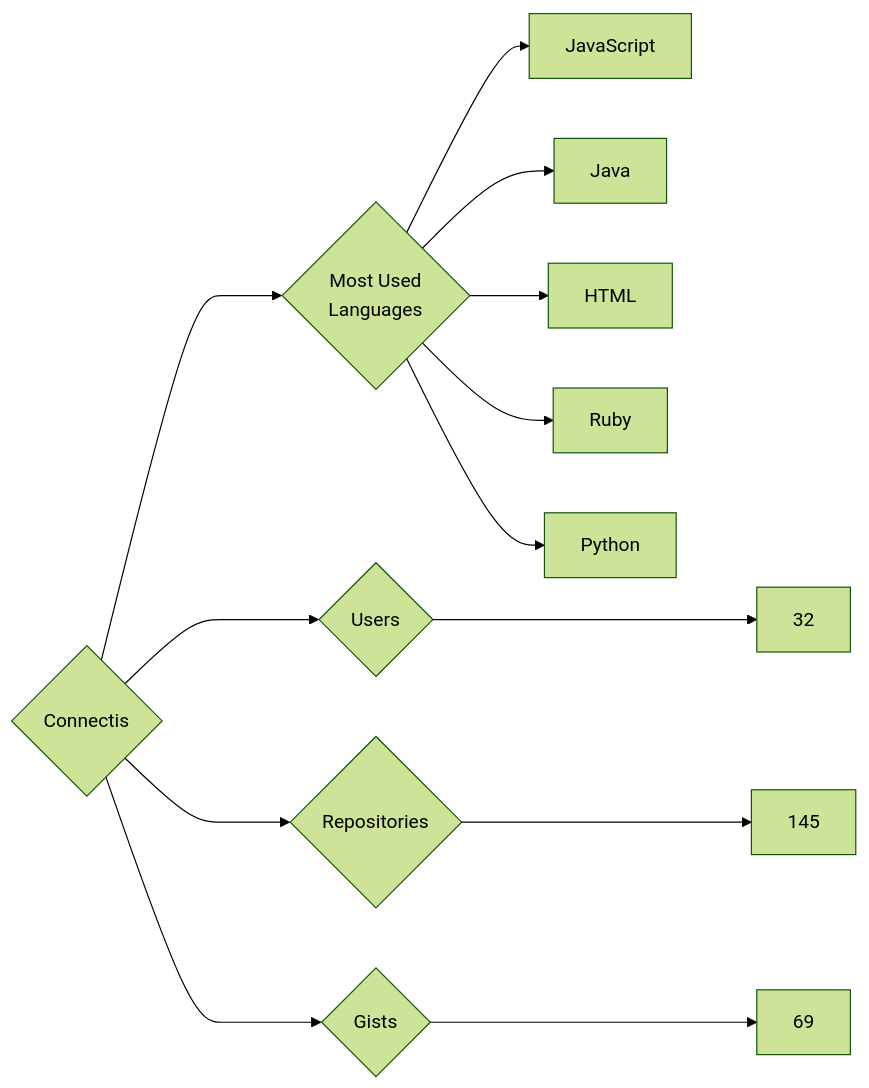
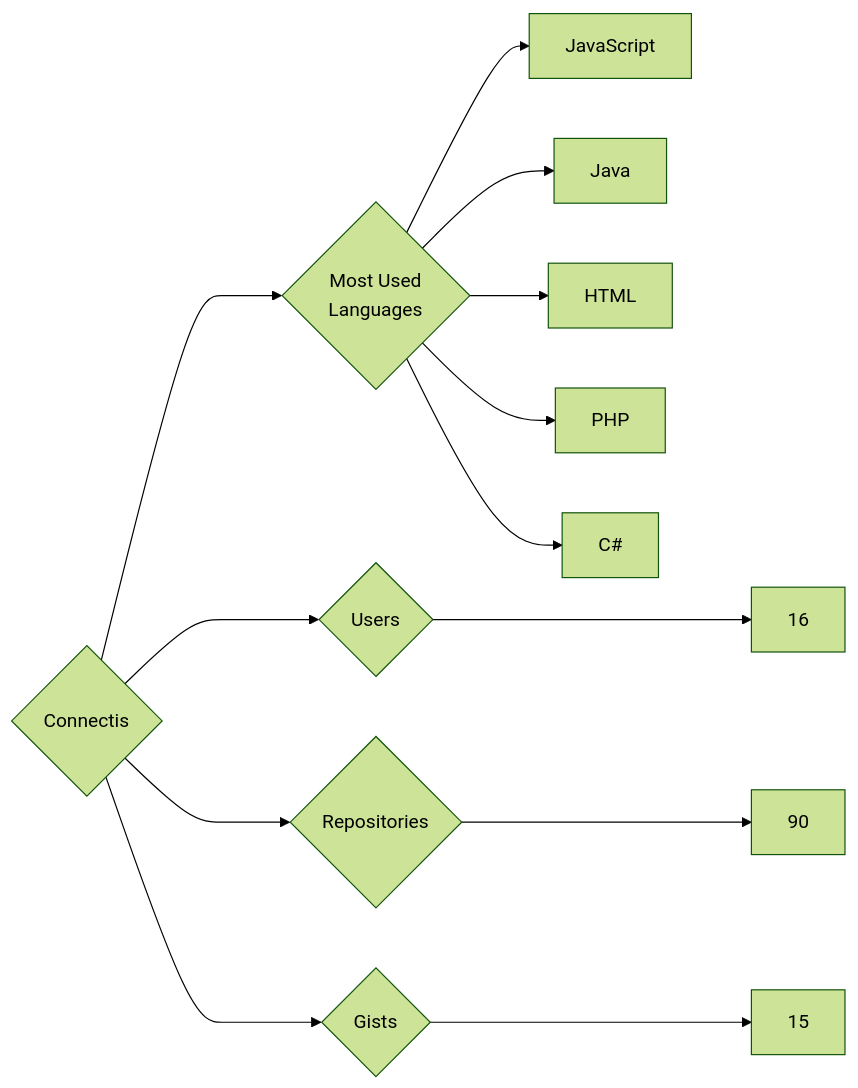
The diagram in targets/Connectis/README.md (trickest/insiders), drawn with Mermaid (forest theme) before and after one commit. The commit also changed 900 other files, not shown here.

````diff
--- a/targets/Connectis/README.md
+++ b/targets/Connectis/README.md
@@ -3,13 +3,13 @@
 ```mermaid
 graph LR
 COMPANY_NAME{Connectis}
-COMPANY_NAME ---> U{Users} ---> UN[32]
-COMPANY_NAME ---> R{Repositories} ---> RN[145]
-COMPANY_NAME ---> G{Gists} ---> GN[69]
+COMPANY_NAME ---> U{Users} ---> UN[16]
+COMPANY_NAME ---> R{Repositories} ---> RN[90]
+COMPANY_NAME ---> G{Gists} ---> GN[15]
 COMPANY_NAME ---> ML{Most Used<br>Languages}
 ML --> JavaScript[JavaScript]
 ML --> Java[Java]
 ML --> HTML[HTML]
-ML --> Ruby[Ruby]
-ML --> Python[Python]
+ML --> PHP[PHP]
+ML --> C#[C#]
 ```
````
